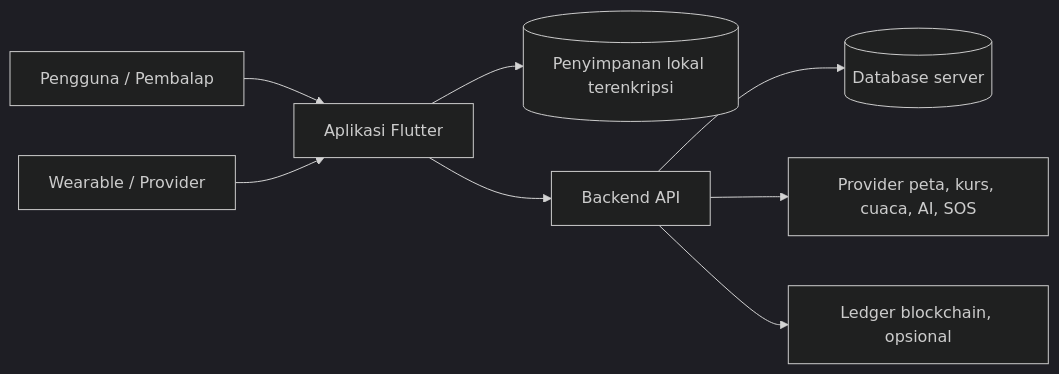
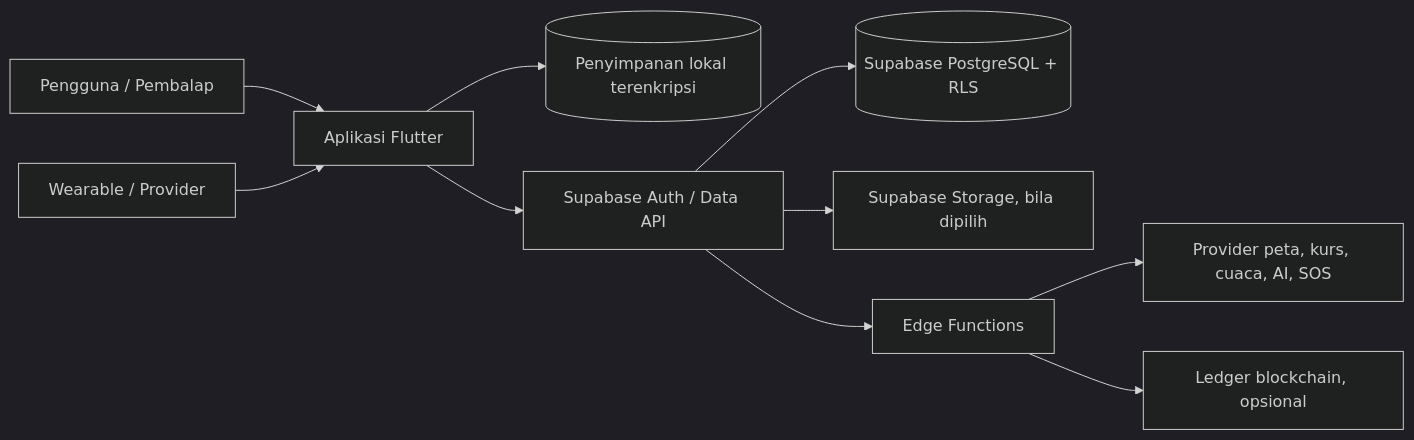
Before and after one commit to IvandryPage/senapath-app: the diagram in agents/architecture.md, drawn with Mermaid (dark theme). The commit also changed other lines of this file and 26 other files, not shown here.

````diff
--- a/agents/architecture.md
+++ b/agents/architecture.md
@@ -20,10 +20,12 @@
 ```mermaid
 flowchart LR
     U[Pengguna / Pembalap] --> APP[Aplikasi Flutter]
     W[Wearable / Provider] --> APP
     APP --> LOCAL[(Penyimpanan lokal terenkripsi)]
-    APP --> API[Backend API]
-    API --> DB[(Database server)]
-    API --> EXT[Provider peta, kurs, cuaca, AI, SOS]
-    API --> LEDGER[Ledger blockchain, opsional]
+    APP --> SB[Supabase Auth / Data API]
+    SB --> DB[(Supabase PostgreSQL + RLS)]
+    SB --> STORAGE[Supabase Storage, bila dipilih]
+    SB --> FN[Edge Functions]
+    FN --> EXT[Provider peta, kurs, cuaca, AI, SOS]
+    FN --> LEDGER[Ledger blockchain, opsional]
 ```
````
